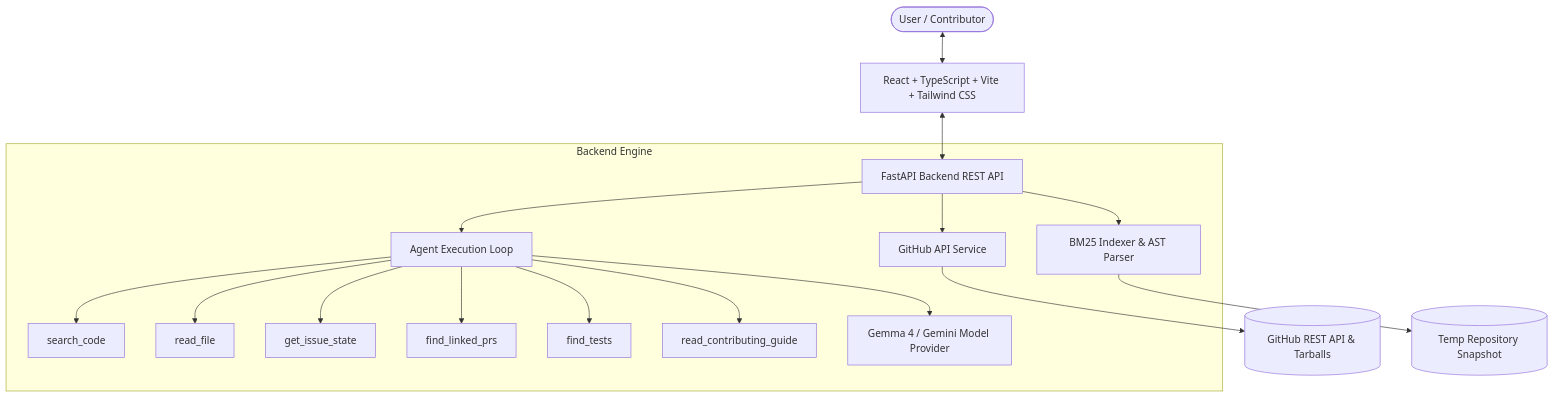
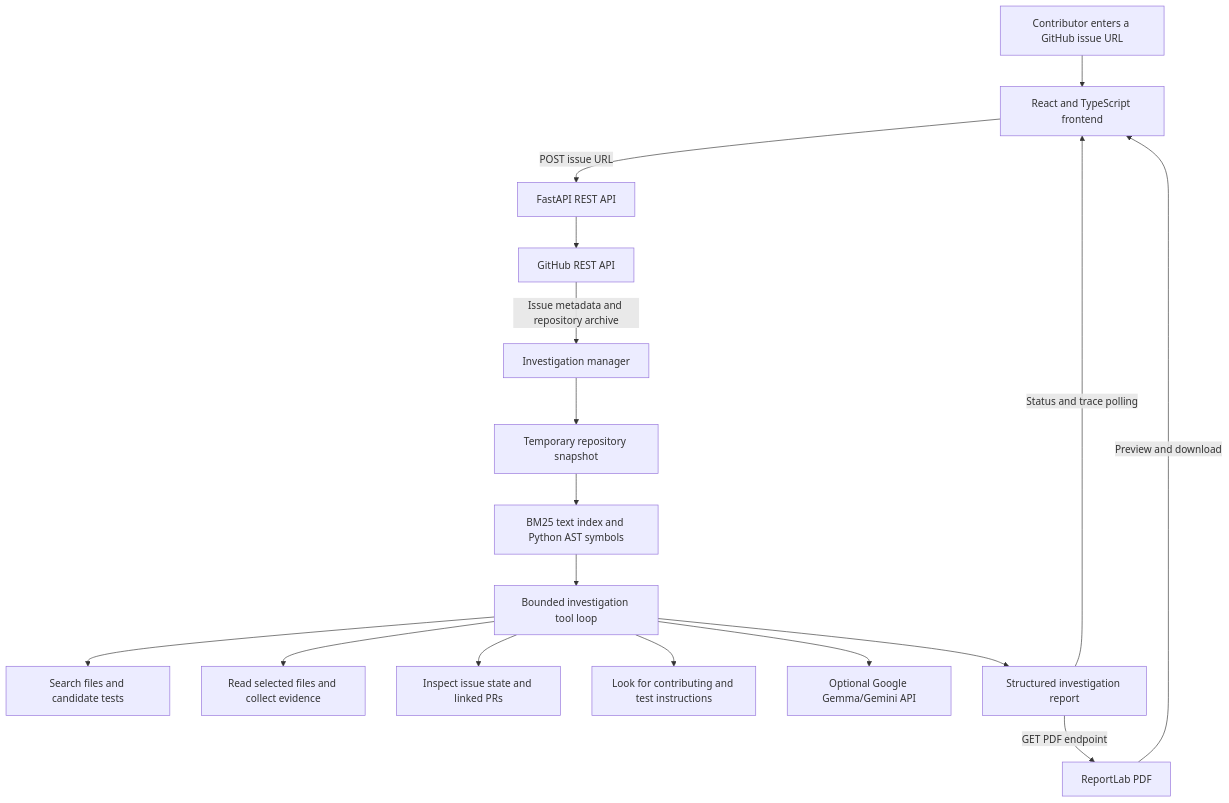
The diagram in README.md (manyamaan71/hacktoberfest), drawn with Mermaid before and after one commit. The commit also changed other lines of this file and 6 other files, not shown here.

````diff
--- a/README.md
+++ b/README.md
@@ -47,23 +57,19 @@
 ```mermaid
 flowchart TD
-    User([User / Contributor]) <--> Frontend[React + TypeScript + Vite + Tailwind CSS]
-    Frontend <--> API[FastAPI Backend REST API]
-    
-    subgraph Backend Engine
-        API --> GHService[GitHub API Service]
-        API --> Indexer[BM25 Indexer & AST Parser]
-        API --> Agent[Agent Execution Loop]
-        
-        Agent --> Tool1[search_code]
-        Agent --> Tool2[read_file]
-        Agent --> Tool3[get_issue_state]
-        Agent --> Tool4[find_linked_prs]
-        Agent --> Tool5[find_tests]
-        Agent --> Tool6[read_contributing_guide]
-        
-        Agent --> Provider[Gemma 4 / Gemini Model Provider]
-    end
-
-    GHService --> GitHub[(GitHub REST API & Tarballs)]
-    Indexer --> Snapshot[(Temp Repository Snapshot)]
+    User[Contributor enters a GitHub issue URL] --> UI[React and TypeScript frontend]
+    UI -->|POST issue URL| API[FastAPI REST API]
+    API --> GitHub[GitHub REST API]
+    GitHub -->|Issue metadata and repository archive| Backend[Investigation manager]
+    Backend --> Snapshot[Temporary repository snapshot]
+    Snapshot --> Indexer[BM25 text index and Python AST symbols]
+    Indexer --> Agent[Bounded investigation tool loop]
+    Agent --> Search[Search files and candidate tests]
+    Agent --> Read[Read selected files and collect evidence]
+    Agent --> Conflicts[Inspect issue state and linked PRs]
+    Agent --> Guide[Look for contributing and test instructions]
+    Agent --> Model[Optional Google Gemma/Gemini API]
+    Agent --> Report[Structured investigation report]
+    Report -->|Status and trace polling| UI
+    Report -->|GET PDF endpoint| PDF[ReportLab PDF]
+    PDF -->|Preview and download| UI
 ```
````
